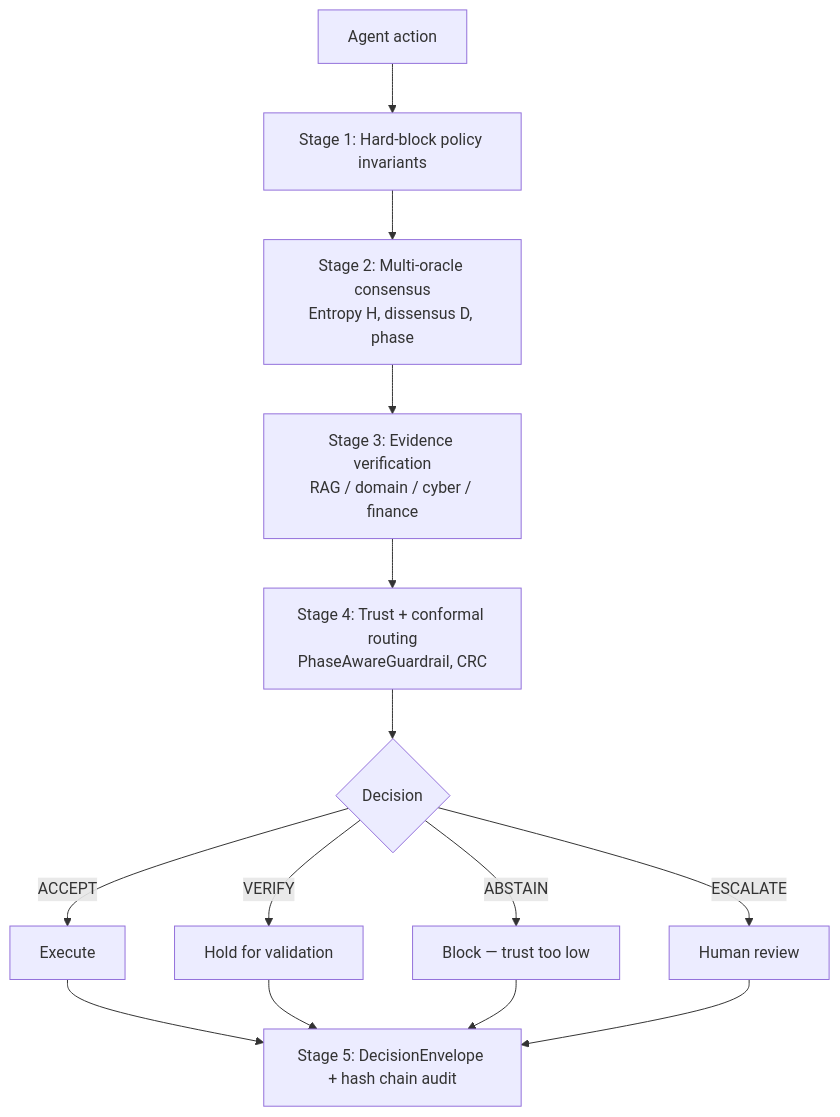
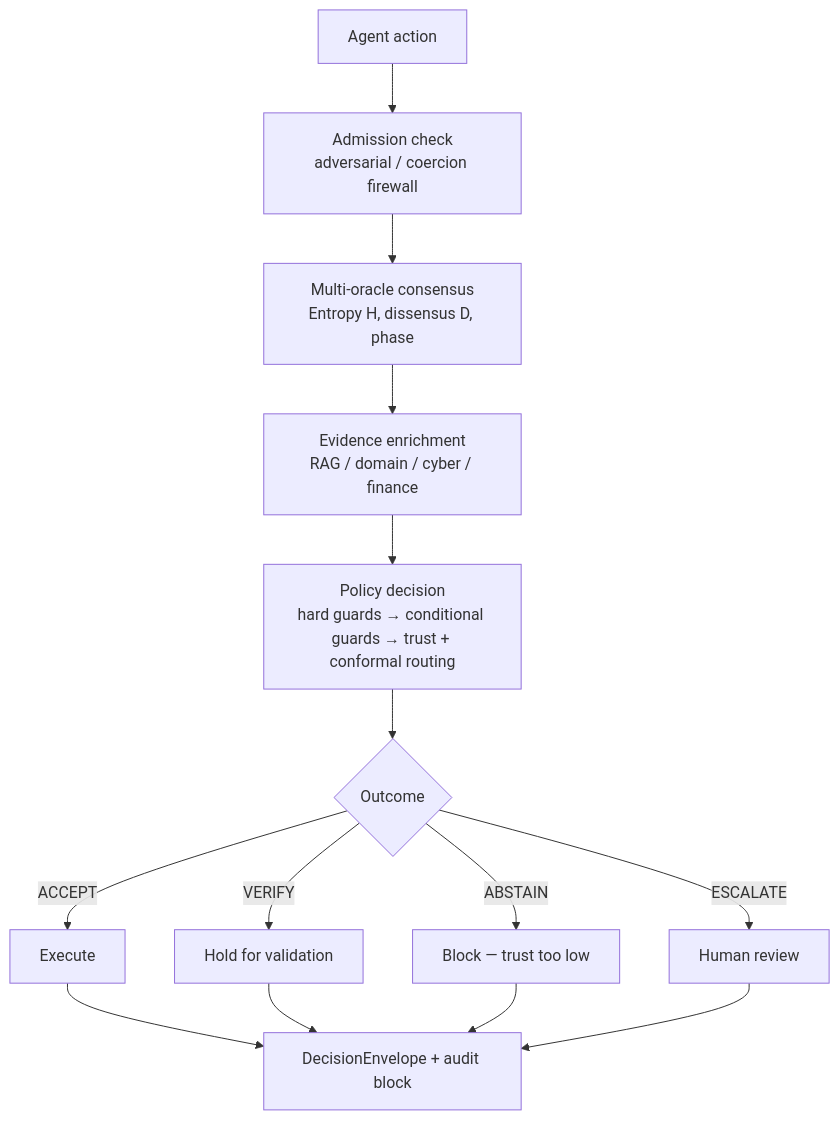
The diagram in README.md (darklordVirtual/REMORA-research), drawn with Mermaid before and after one commit. The commit also changed other lines of this file and 14 other files, not shown here.

````diff
--- a/README.md
+++ b/README.md
@@ -56,16 +56,16 @@
 ```mermaid
 flowchart TD
-    A[Agent action] --> B[Stage 1: Hard-block policy invariants]
-    B --> C[Stage 2: Multi-oracle consensus\nEntropy H, dissensus D, phase]
-    C --> D[Stage 3: Evidence verification\nRAG / domain / cyber / finance]
-    D --> E[Stage 4: Trust + conformal routing\nPhaseAwareGuardrail, CRC]
-    E --> F{Decision}
+    A[Agent action] --> B[Admission check\nadversarial / coercion firewall]
+    B --> C[Multi-oracle consensus\nEntropy H, dissensus D, phase]
+    C --> D[Evidence enrichment\nRAG / domain / cyber / finance]
+    D --> E[Policy decision\nhard guards → conditional guards → trust + conformal routing]
+    E --> F{Outcome}
     F -->|ACCEPT| G[Execute]
     F -->|VERIFY| H[Hold for validation]
     F -->|ABSTAIN| I[Block — trust too low]
     F -->|ESCALATE| J[Human review]
-    G --> K[Stage 5: DecisionEnvelope + hash chain audit]
+    G --> K[DecisionEnvelope + audit block]
     H --> K
     I --> K
     J --> K
 ```
````
